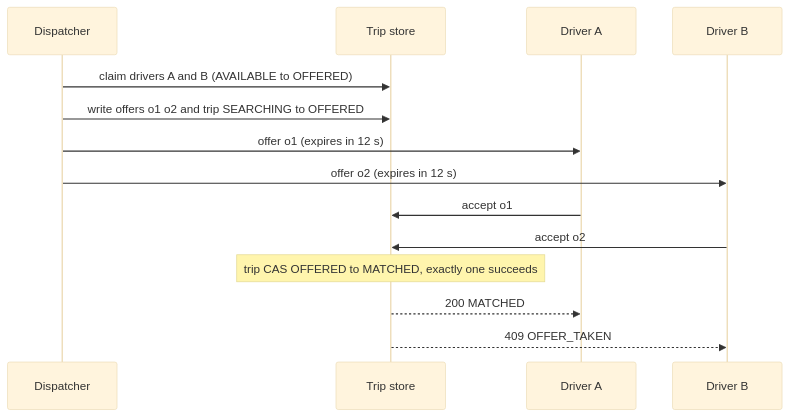
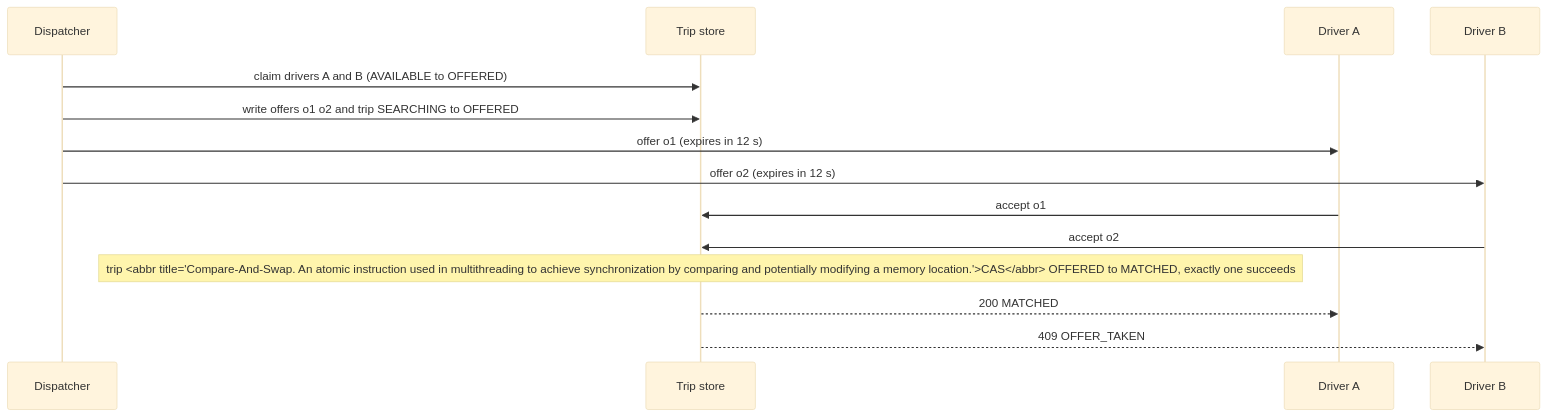
One commit to AkiebNazir/engineering-guide changed the diagram in SystemDesign/solutions/020_ride_dispatch_solution.md. Above: the diagram before and after it, drawn with Mermaid (base theme). The commit also changed other lines of this file and 522 other files, not shown here.

````diff
--- a/SystemDesign/solutions/020_ride_dispatch_solution.md
+++ b/SystemDesign/solutions/020_ride_dispatch_solution.md
@@ -157,17 +157,17 @@
 ```mermaid
 %% caption: Two drivers accept near-simultaneously and the compare-and-set on the trip row lets exactly one win while the loser gets a clean rejection.
 sequenceDiagram
     participant D as Dispatcher
     participant S as Trip store
     participant A as Driver A
     participant B as Driver B
     D->>S: claim drivers A and B (AVAILABLE to OFFERED)
     D->>S: write offers o1 o2 and trip SEARCHING to OFFERED
     D->>A: offer o1 (expires in 12 s)
     D->>B: offer o2 (expires in 12 s)
     A->>S: accept o1
     B->>S: accept o2
-    Note over S: trip CAS OFFERED to MATCHED, exactly one succeeds
+    Note over S: trip <abbr title="Compare-And-Swap. An atomic instruction used in multithreading to achieve synchronization by comparing and potentially modifying a memory location.">CAS</abbr> OFFERED to MATCHED, exactly one succeeds
     S-->>A: 200 MATCHED
     S-->>B: 409 OFFER_TAKEN
 ```
````
